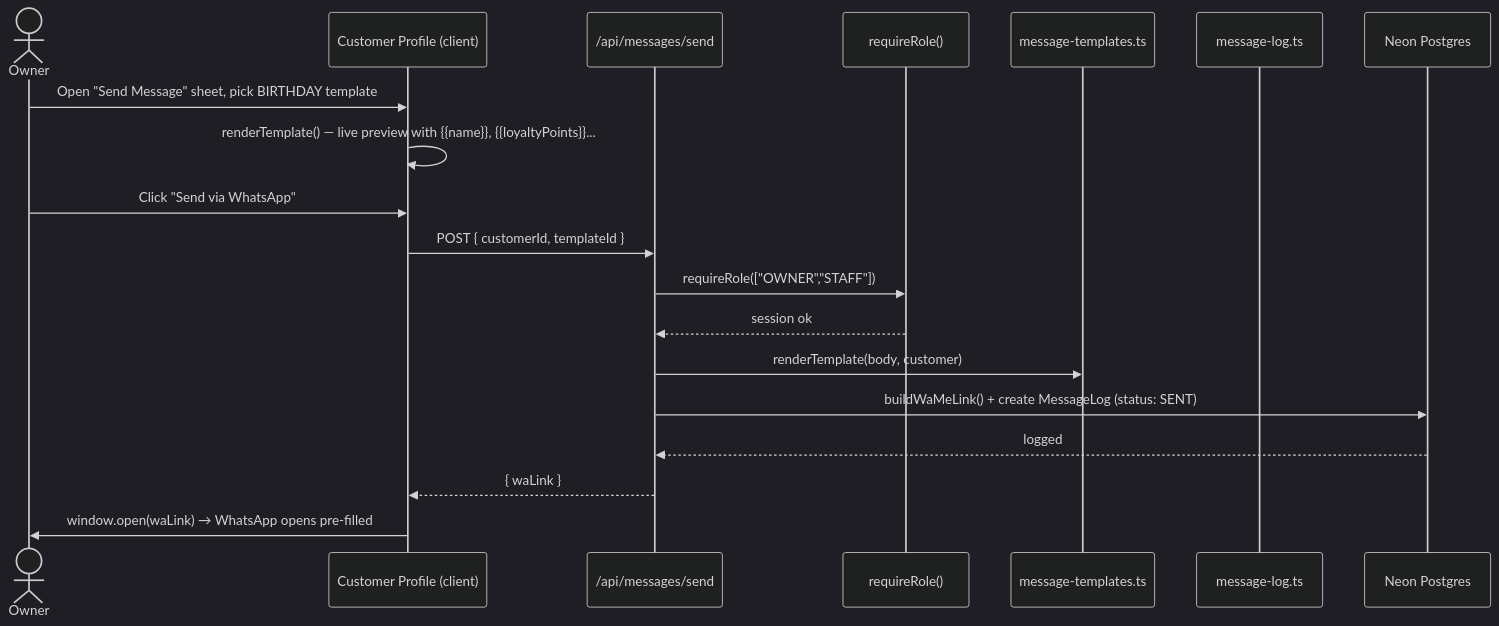
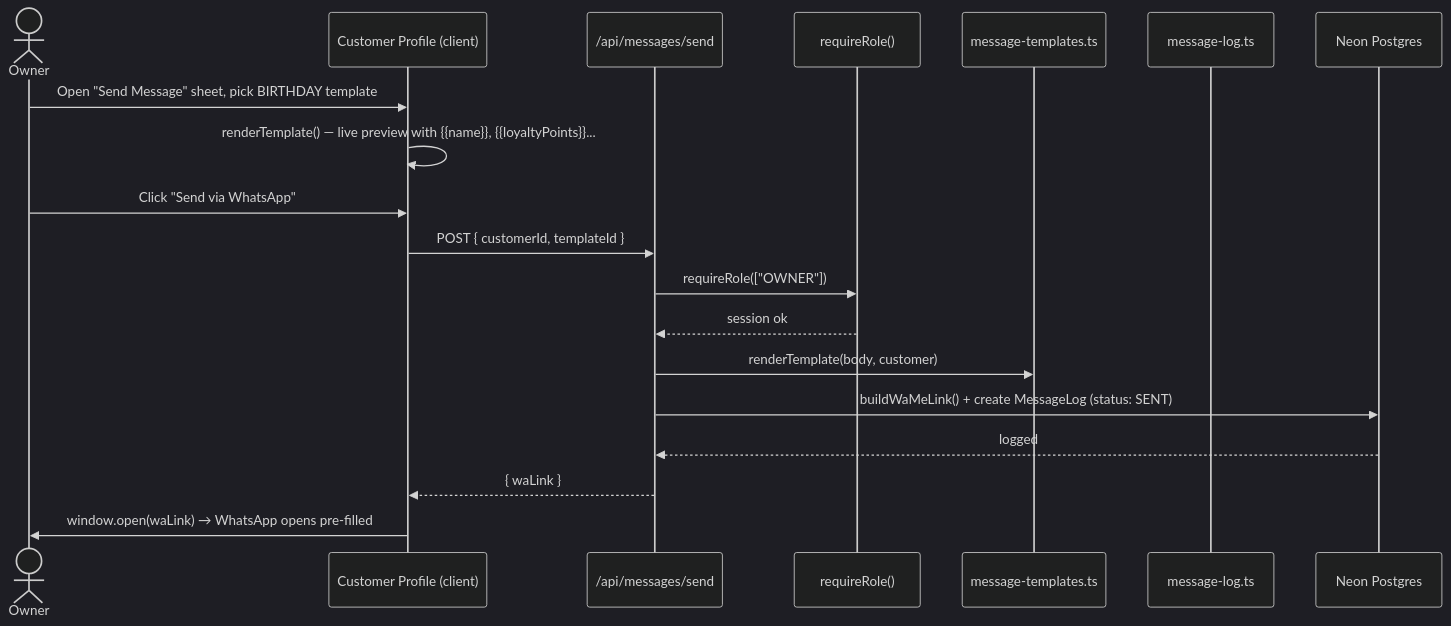
The second of 3 diagrams in README.md (saransh21122112/kangana-store), drawn with Mermaid (dark theme) before and after one commit. The commit also changed other lines of this file and 26 other files, not shown here.

````diff
--- a/README.md
+++ b/README.md
@@ -94,22 +104,22 @@
 ```mermaid
 sequenceDiagram
     actor Owner
     participant UI as Customer Profile (client)
     participant API as /api/messages/send
     participant Guard as requireRole()
     participant Tpl as message-templates.ts
     participant Log as message-log.ts
     participant DB as Neon Postgres
 
     Owner->>UI: Open "Send Message" sheet, pick BIRTHDAY template
     UI->>UI: renderTemplate() — live preview with {{name}}, {{loyaltyPoints}}...
     Owner->>UI: Click "Send via WhatsApp"
     UI->>API: POST { customerId, templateId }
-    API->>Guard: requireRole(["OWNER","STAFF"])
+    API->>Guard: requireRole(["OWNER"])
     Guard-->>API: session ok
     API->>Tpl: renderTemplate(body, customer)
     API->>DB: buildWaMeLink() + create MessageLog (status: SENT)
     DB-->>API: logged
     API-->>UI: { waLink }
     UI->>Owner: window.open(waLink) → WhatsApp opens pre-filled
 ```
````
